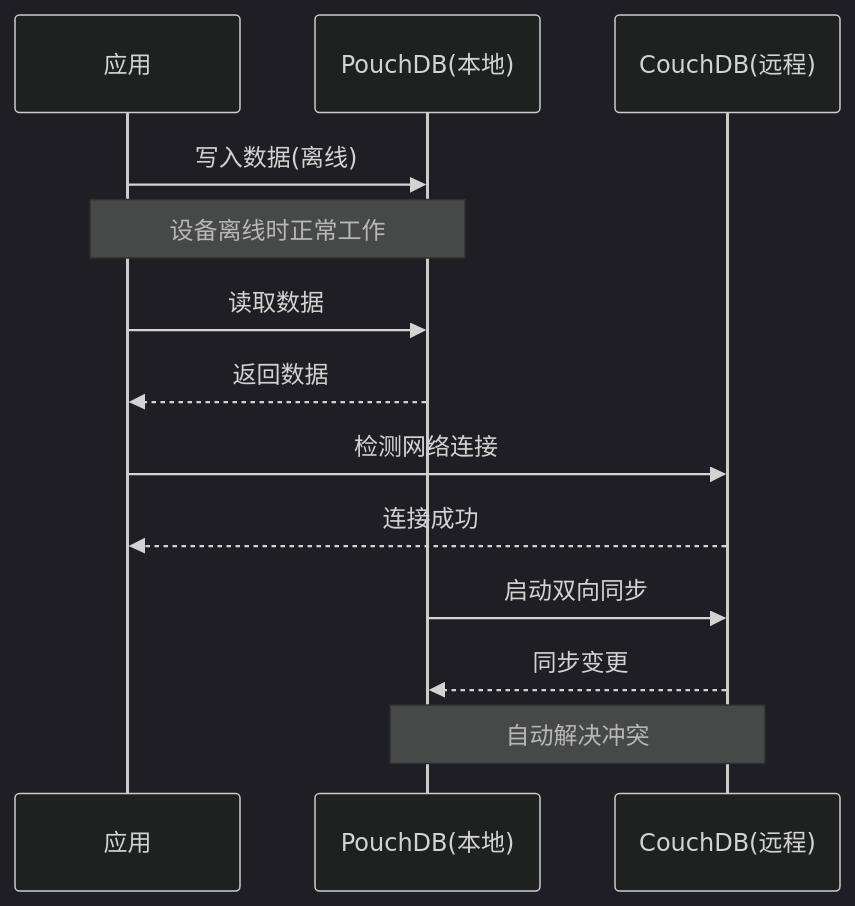
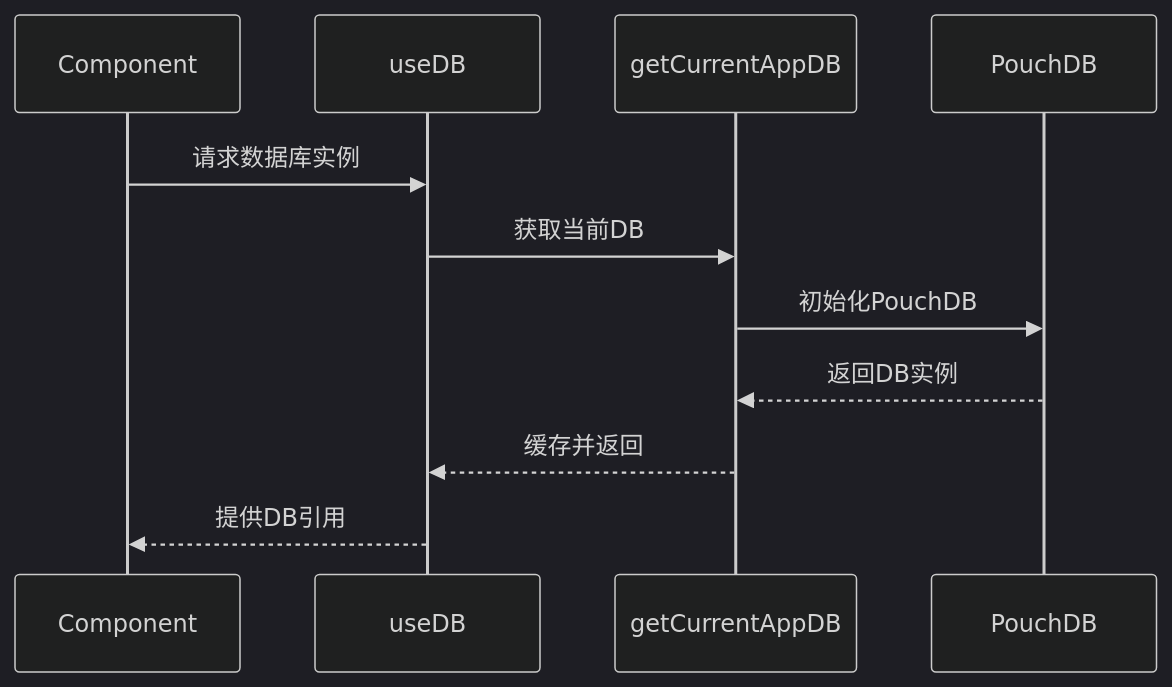
Before and after one commit to JiangLongLiu/Inventory: the third of 6 diagrams in .qoder/repowiki/zh/content/项目概述.md, drawn with Mermaid (dark theme). The commit also changed other lines of this file and 8 other files, not shown here.

````diff
--- a/.qoder/repowiki/zh/content/项目概述.md
+++ b/.qoder/repowiki/zh/content/项目概述.md
@@ -140,15 +130,13 @@
 ```mermaid
 sequenceDiagram
-participant App as 应用
-participant PouchDB as PouchDB(本地)
-participant CouchDB as CouchDB(远程)
-App->>PouchDB : 写入数据(离线)
-Note over App,PouchDB : 设备离线时正常工作
-App->>PouchDB : 读取数据
-PouchDB-->>App : 返回数据
-App->>CouchDB : 检测网络连接
-CouchDB-->>App : 连接成功
-PouchDB->>CouchDB : 启动双向同步
-CouchDB-->>PouchDB : 同步变更
-Note over PouchDB,CouchDB : 自动解决冲突
+participant Component
+participant useDB
+participant getCurrentAppDB
+participant PouchDB
+Component->>useDB : 请求数据库实例
+useDB->>getCurrentAppDB : 获取当前DB
+getCurrentAppDB->>PouchDB : 初始化PouchDB
+PouchDB-->>getCurrentAppDB : 返回DB实例
+getCurrentAppDB-->>useDB : 缓存并返回
+useDB-->>Component : 提供DB引用
 ```
````
